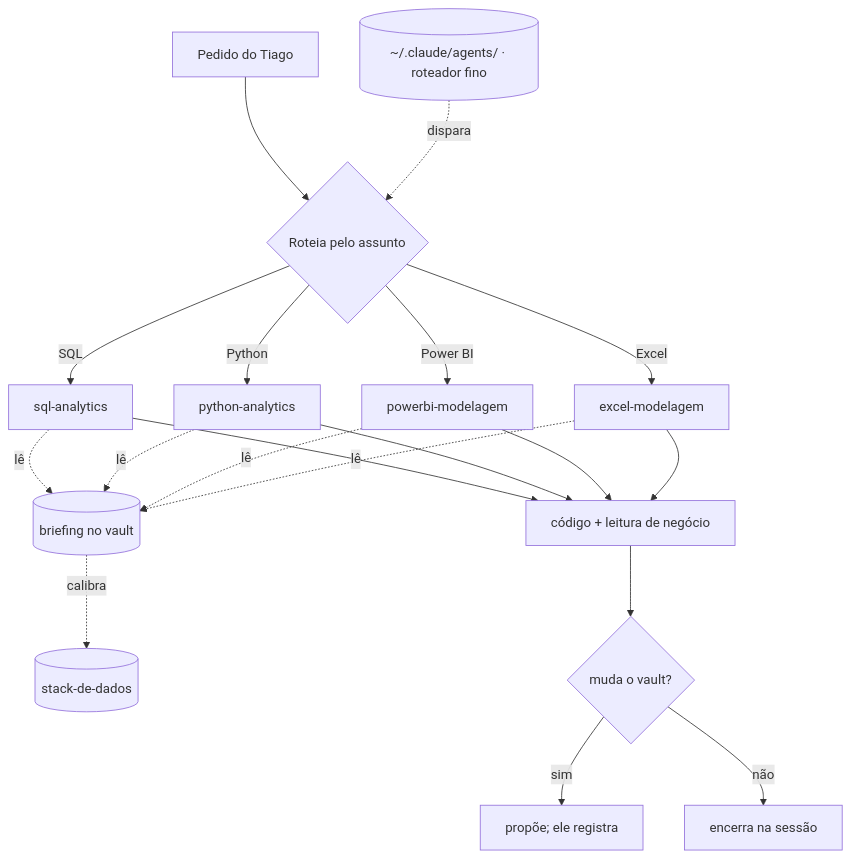
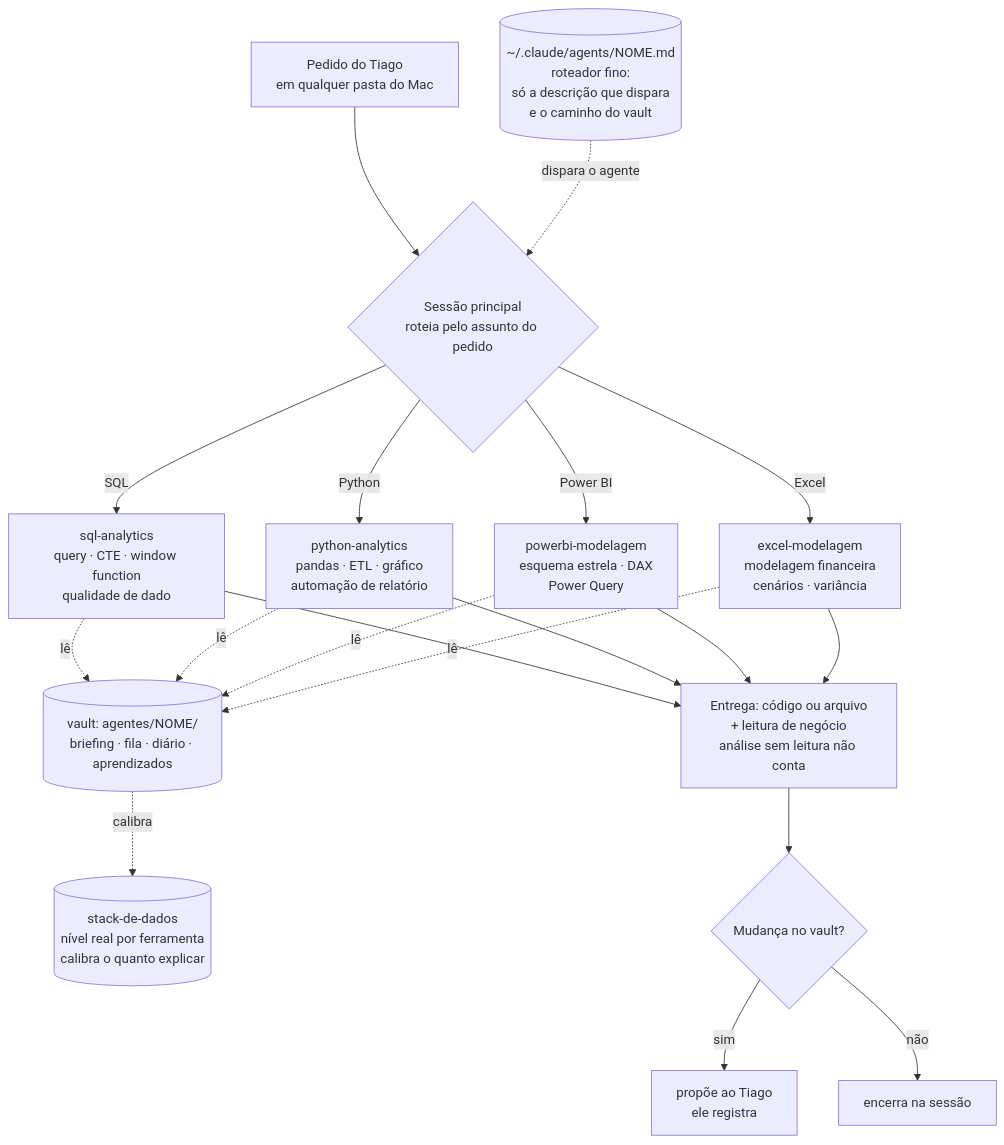
The third of 3 diagrams in 00-sistema-de-agentes/arquitetura.md (tiagomaraia-beep/Portfolio), drawn with Mermaid before and after one commit. The commit also changed other lines of this file, not shown here.

````diff
--- a/00-sistema-de-agentes/arquitetura.md
+++ b/00-sistema-de-agentes/arquitetura.md
@@ -132,37 +132,38 @@
 ```mermaid
 flowchart TB
-  PEDIDO["Pedido do Tiago"]
-  ORQ{"Roteia pelo assunto"}
-  ROT[("~/.claude/agents/ · roteador fino")]
+  PEDIDO["Pedido do Tiago<br/>em qualquer pasta do Mac"]
+  ORQ{"Sessão principal<br/>roteia pelo assunto do pedido"}
+  ROT[("~/.claude/agents/NOME.md<br/>roteador fino:<br/>só a descrição que dispara<br/>e o caminho do vault")]
 
-  SQL["sql-analytics"]
-  PY["python-analytics"]
-  BI["powerbi-modelagem"]
-  XL["excel-modelagem"]
+  SQL["sql-analytics<br/>query · CTE · window function<br/>qualidade de dado"]
+  PY["python-analytics<br/>pandas · ETL · gráfico<br/>automação de relatório"]
+  BI["powerbi-modelagem<br/>esquema estrela · DAX<br/>Power Query"]
+  XL["excel-modelagem<br/>modelagem financeira<br/>cenários · variância"]
 
-  BRIEF[("briefing no vault")]
-  STACK[("stack-de-dados")]
-  ENTREGA["código + leitura de negócio"]
-  PROP{"muda o vault?"}
-  PROPOE["propõe; ele registra"]
+  BRIEF[("vault: agentes/NOME/<br/>briefing · fila · diário · aprendizados")]
+  STACK[("stack-de-dados<br/>nível real por ferramenta<br/>calibra o quanto explicar")]
+
+  ENTREGA["Entrega: código ou arquivo<br/>+ leitura de negócio<br/>análise sem leitura não conta"]
+  PROP{"Mudança no vault?"}
+  PROPOE["propõe ao Tiago<br/>ele registra"]
   FIM["encerra na sessão"]
 
   PEDIDO --> ORQ
-  ROT -.->|dispara| ORQ
+  ROT -.->|dispara o agente| ORQ
   ORQ -->|SQL| SQL
   ORQ -->|Python| PY
   ORQ -->|Power BI| BI
   ORQ -->|Excel| XL
   SQL -.->|lê| BRIEF
   PY -.->|lê| BRIEF
   BI -.->|lê| BRIEF
   XL -.->|lê| BRIEF
   BRIEF -.->|calibra| STACK
   SQL --> ENTREGA
   PY --> ENTREGA
   BI --> ENTREGA
   XL --> ENTREGA
   ENTREGA --> PROP
   PROP -->|sim| PROPOE
   PROP -->|não| FIM
 ```
````
